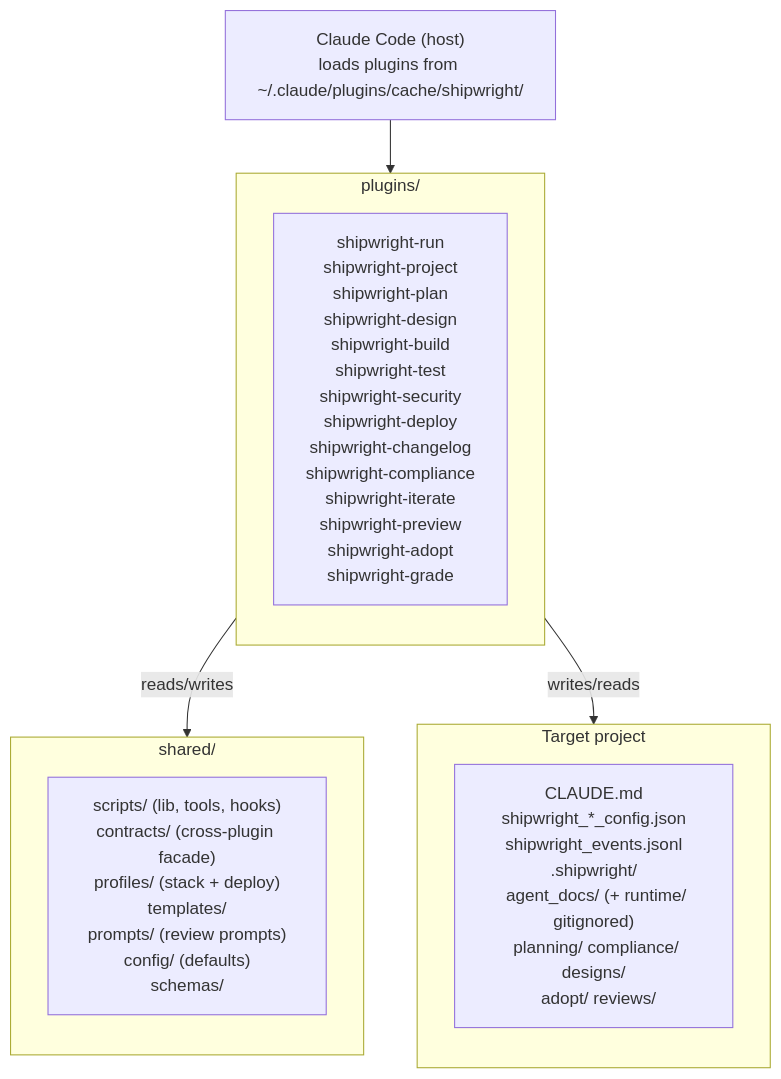
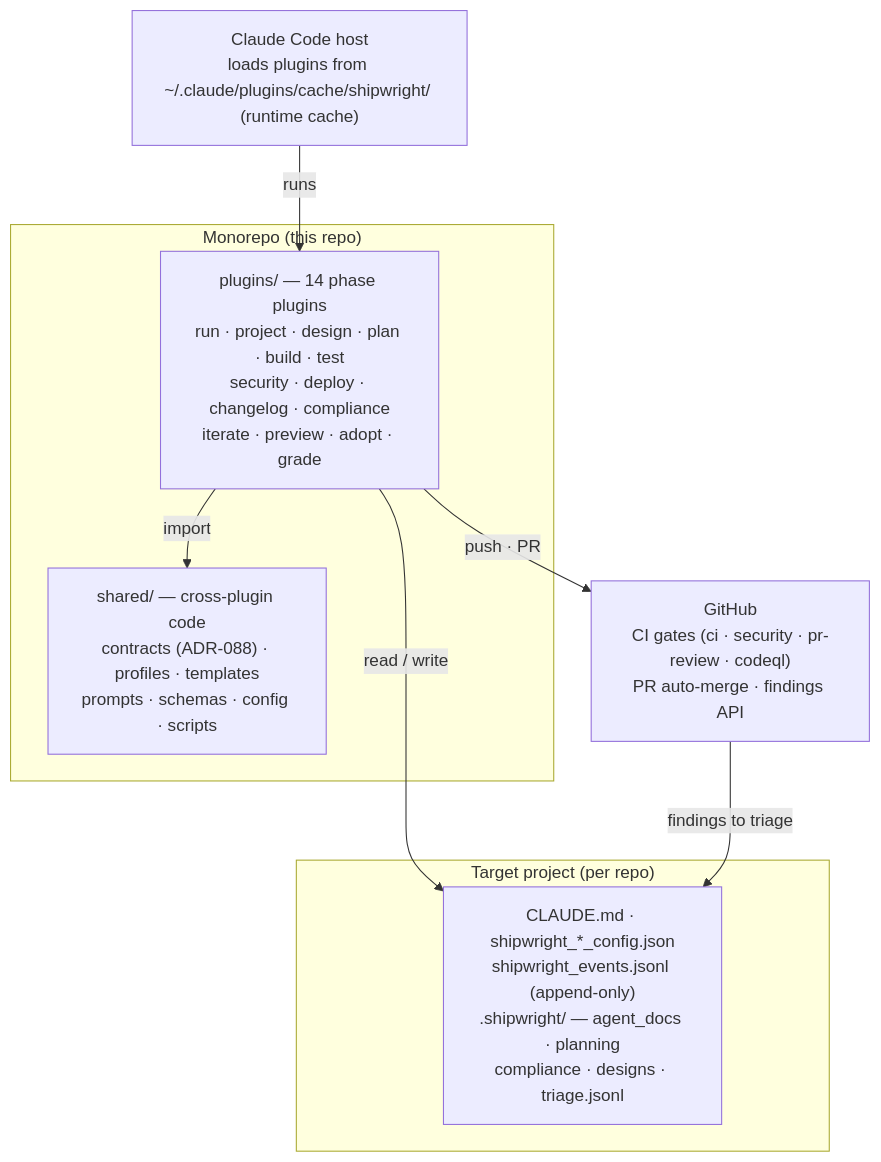
The diagram in .shipwright/agent_docs/architecture.md (svenroth-ai/shipwright), drawn with Mermaid before and after one commit. The commit also changed other lines of this file and 33 other files, not shown here.

First line of the commit message:
feat(agent-docs): canonical run_id changelog anchor + shape gate; kill aggregator ADR dup (#391)

````diff
--- a/.shipwright/agent_docs/architecture.md
+++ b/.shipwright/agent_docs/architecture.md
@@ -6,23 +6,21 @@
 ```mermaid
 flowchart TB
-  CC["Claude Code (host)<br/>loads plugins from ~/.claude/plugins/cache/shipwright/"]
+  CC["Claude Code host<br/>loads plugins from ~/.claude/plugins/cache/shipwright/ (runtime cache)"]
 
-  subgraph plugins["plugins/"]
-    direction TB
-    P["shipwright-run<br/>shipwright-project<br/>shipwright-plan<br/>shipwright-design<br/>shipwright-build<br/>shipwright-test<br/>shipwright-security<br/>shipwright-deploy<br/>shipwright-changelog<br/>shipwright-compliance<br/>shipwright-iterate<br/>shipwright-preview<br/>shipwright-adopt<br/>shipwright-grade"]
+  subgraph "Monorepo (this repo)"
+    plugins["plugins/ — 14 phase plugins<br/>run · project · design · plan · build · test<br/>security · deploy · changelog · compliance<br/>iterate · preview · adopt · grade"]
+    shared["shared/ — cross-plugin code<br/>contracts (ADR-088) · profiles · templates<br/>prompts · schemas · config · scripts"]
   end
 
-  subgraph shared["shared/"]
-    direction TB
-    S["scripts/ (lib, tools, hooks)<br/>contracts/ (cross-plugin facade)<br/>profiles/ (stack + deploy)<br/>templates/<br/>prompts/ (review prompts)<br/>config/ (defaults)<br/>schemas/"]
+  subgraph "Target project (per repo)"
+    artifacts["CLAUDE.md · shipwright_*_config.json<br/>shipwright_events.jsonl (append-only)<br/>.shipwright/ — agent_docs · planning<br/>compliance · designs · triage.jsonl"]
   end
 
-  subgraph target["Target project"]
-    direction TB
-    T["CLAUDE.md<br/>shipwright_*_config.json<br/>shipwright_events.jsonl<br/>.shipwright/<br/>&nbsp;&nbsp;agent_docs/ (+ runtime/ gitignored)<br/>&nbsp;&nbsp;planning/ compliance/ designs/<br/>&nbsp;&nbsp;adopt/ reviews/"]
-  end
+  gh["GitHub<br/>CI gates (ci · security · pr-review · codeql)<br/>PR auto-merge · findings API"]
 
-  CC --> plugins
-  plugins -- "reads/writes" --> shared
-  plugins -- "writes/reads" --> target
+  CC -->|runs| plugins
+  plugins -->|import| shared
+  plugins -->|read / write| artifacts
+  plugins -->|push · PR| gh
+  gh -->|findings to triage| artifacts
 ```
````
